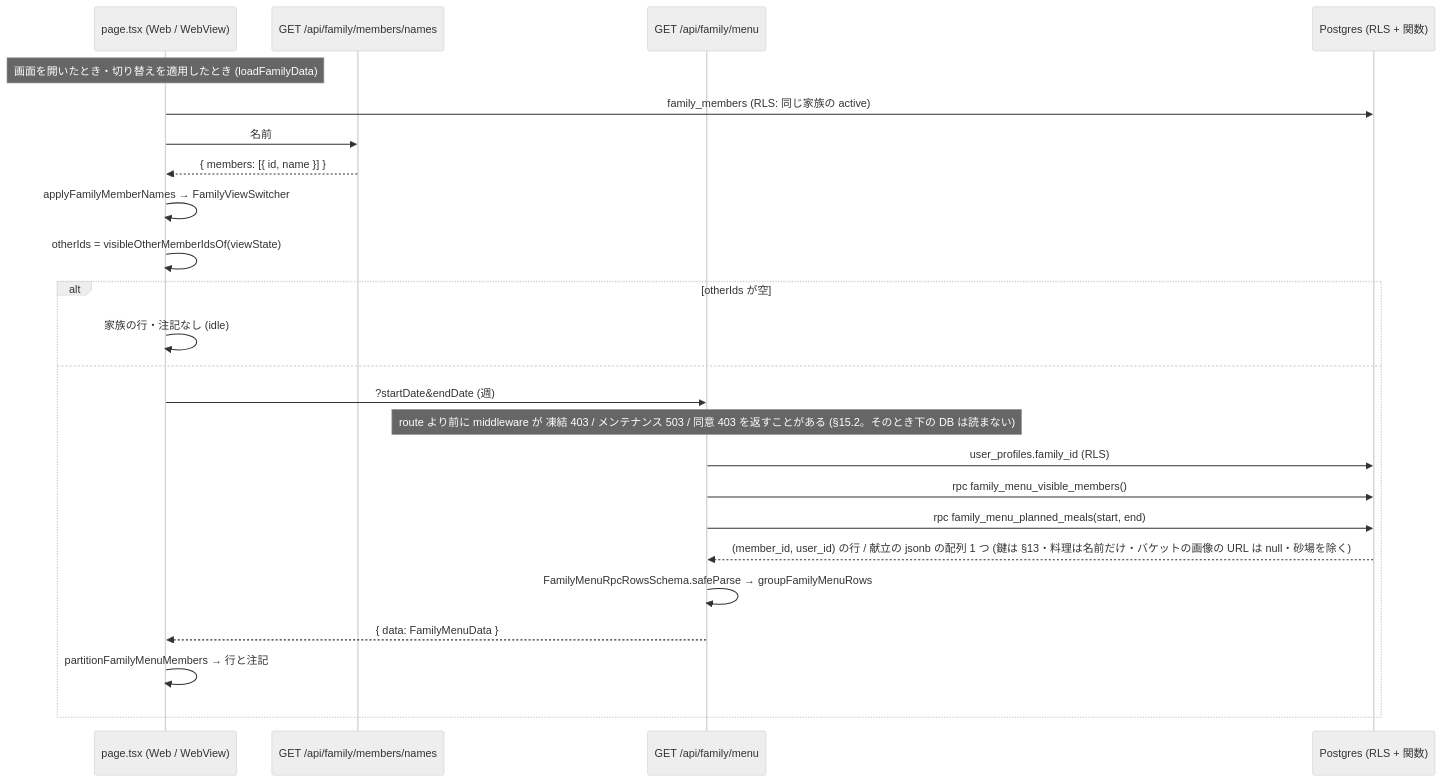
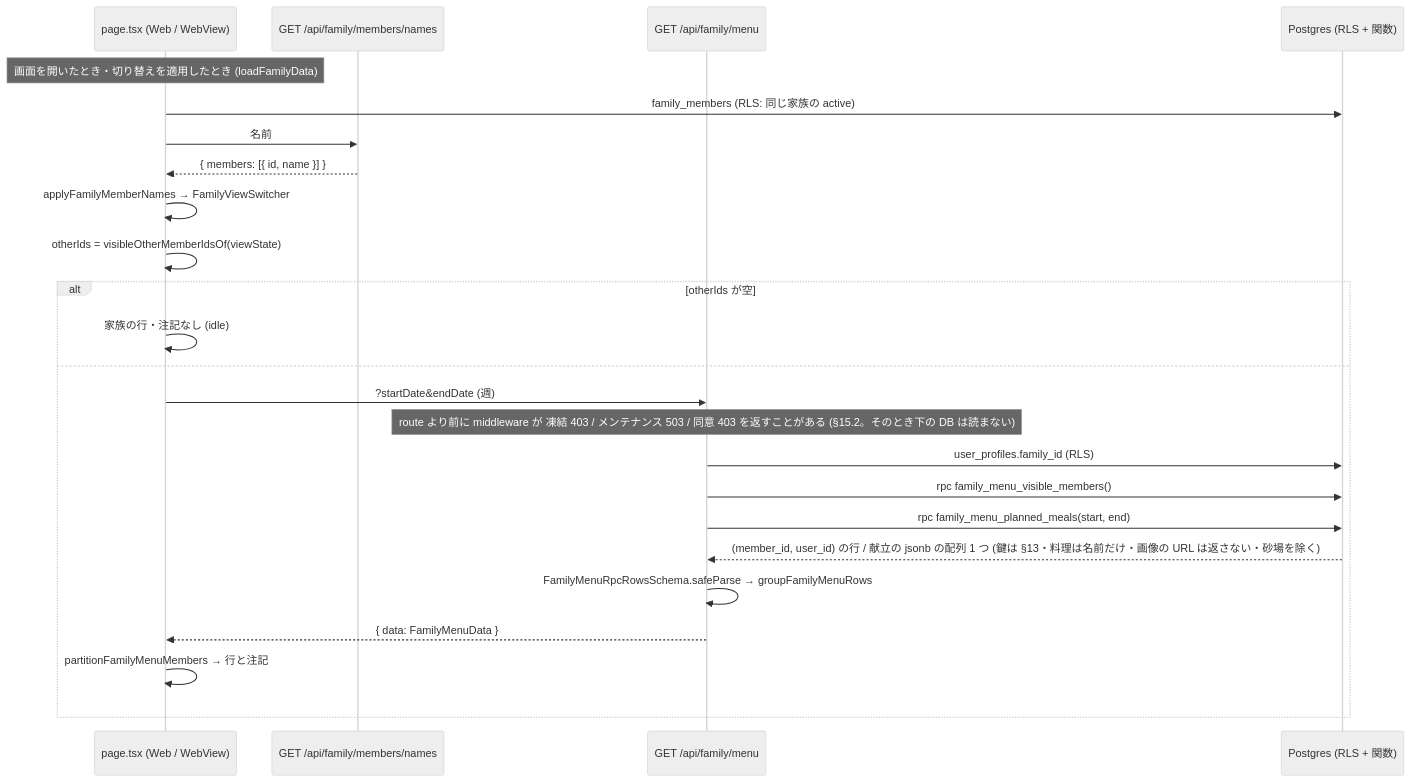
One commit to DaisukeHori/homegohan-app changed the diagram in docs/design/family/10-family-menu-view.md. Above: the diagram before and after it, drawn with Mermaid (neutral theme). The commit also changed other lines of this file, not shown here.

First line of the commit message:
docs(design): 家族の献立の設計で画像の URL を返さない構造にする (R6 の F・#1584 の 1)

````diff
--- a/docs/design/family/10-family-menu-view.md
+++ b/docs/design/family/10-family-menu-view.md
@@ -1159,26 +1086,26 @@
 ```mermaid
 sequenceDiagram
   participant P as page.tsx (Web / WebView)
   participant N as GET /api/family/members/names
   participant M as GET /api/family/menu
   participant DB as Postgres (RLS + 関数)
   Note over P: 画面を開いたとき・切り替えを適用したとき (loadFamilyData)
   P->>DB: family_members (RLS: 同じ家族の active)
   P->>N: 名前
   N-->>P: { members: [{ id, name }] }
   P->>P: applyFamilyMemberNames → FamilyViewSwitcher
   P->>P: otherIds = visibleOtherMemberIdsOf(viewState)
   alt otherIds が空
     P->>P: 家族の行・注記なし (idle)
   else
     P->>M: ?startDate&endDate (週)
     Note over M: route より前に middleware が 凍結 403 / メンテナンス 503 / 同意 403 を返すことがある (§15.2。そのとき下の DB は読まない)
     M->>DB: user_profiles.family_id (RLS)
     M->>DB: rpc family_menu_visible_members()
     M->>DB: rpc family_menu_planned_meals(start, end)
-    DB-->>M: (member_id, user_id) の行 / 献立の jsonb の配列 1 つ (鍵は §13・料理は名前だけ・バケットの画像の URL は null・砂場を除く)
+    DB-->>M: (member_id, user_id) の行 / 献立の jsonb の配列 1 つ (鍵は §13・料理は名前だけ・画像の URL は返さない・砂場を除く)
     M->>M: FamilyMenuRpcRowsSchema.safeParse → groupFamilyMenuRows
     M-->>P: { data: FamilyMenuData }
     P->>P: partitionFamilyMenuMembers → 行と注記
   end
 ```
````
